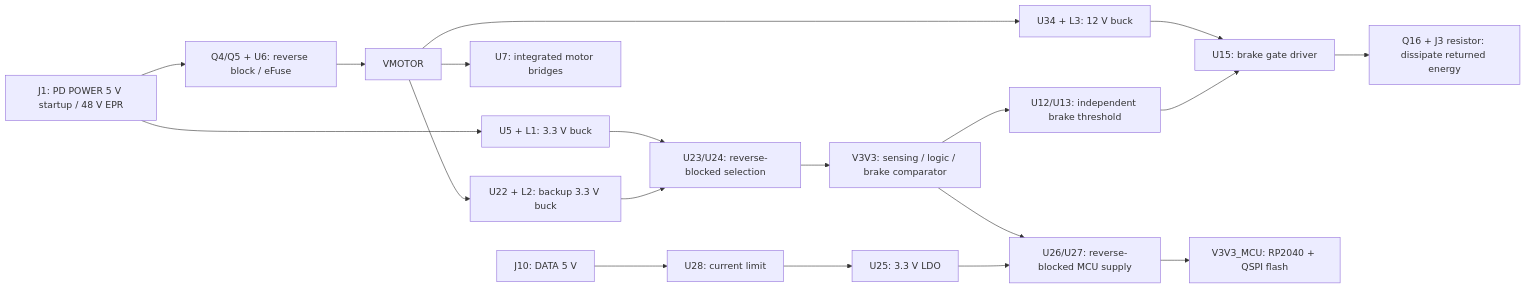
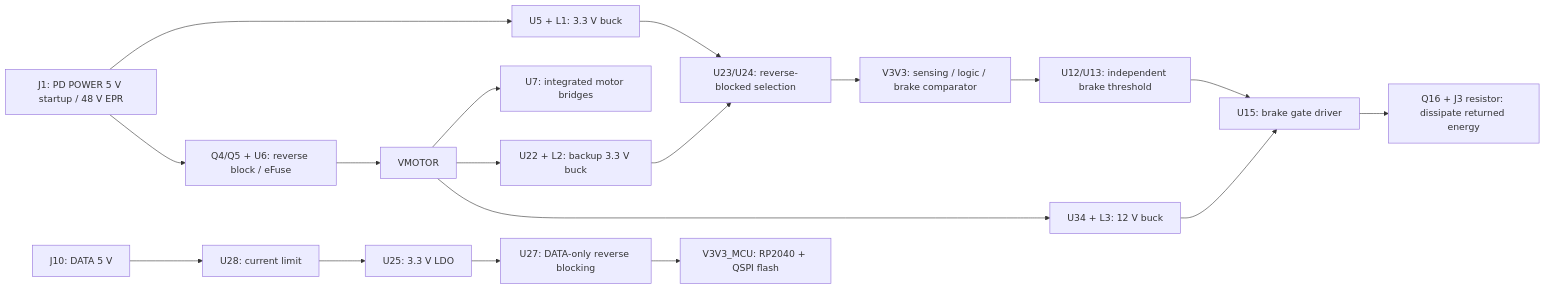
One commit to techmannih/pd1180-epr changed the diagram in docs/usb-pd-architecture.md. Above: the diagram before and after it, drawn with Mermaid. The commit also changed other lines of this file and 367 other files, not shown here.

````diff
--- a/docs/usb-pd-architecture.md
+++ b/docs/usb-pd-architecture.md
@@ -19,21 +19,21 @@
 ```mermaid
 flowchart LR
   J1["J1: PD POWER 5 V startup / 48 V EPR"] --> U5["U5 + L1: 3.3 V buck"]
   J1 --> Protection["Q4/Q5 + U6: reverse block / eFuse"]
   Protection --> VM["VMOTOR"]
   VM --> U7["U7: integrated motor bridges"]
   VM --> U22["U22 + L2: backup 3.3 V buck"]
   U5 --> OR1["U23/U24: reverse-blocked selection"]
   U22 --> OR1
   OR1 --> Board["V3V3: sensing / logic / brake comparator"]
   VM --> U34["U34 + L3: 12 V buck"]
   U34 --> U15["U15: brake gate driver"]
   Board --> Brake["U12/U13: independent brake threshold"]
   Brake --> U15
   U15 --> Q16["Q16 + J3 resistor: dissipate returned energy"]
-  Board --> OR2["U26/U27: reverse-blocked MCU supply"]
+  OR2["U27: DATA-only reverse blocking"]
   J10["J10: DATA 5 V"] --> U28["U28: current limit"]
   U28 --> U25["U25: 3.3 V LDO"]
   U25 --> OR2
   OR2 --> MCU["V3V3_MCU: RP2040 + QSPI flash"]
 ```
````
